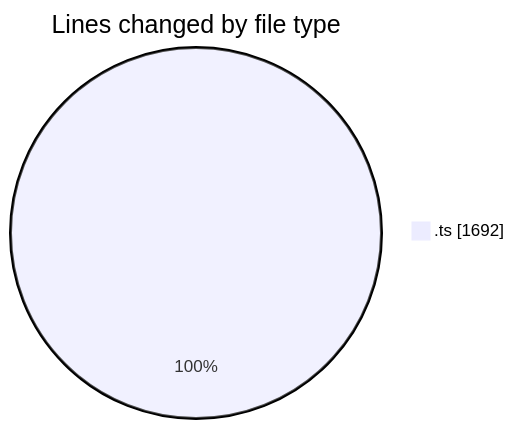
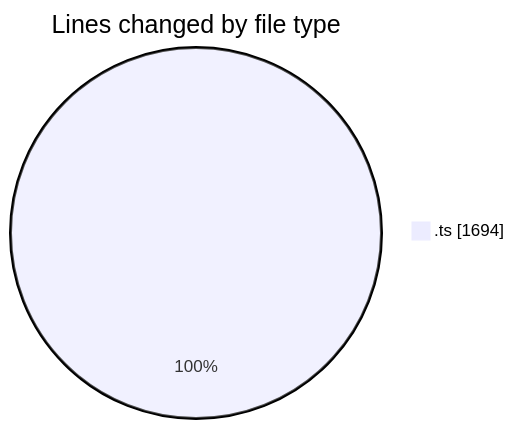
The first of 2 diagrams in 2025-06-26/cda/README.md (momahboobian/code-tracking), drawn with Mermaid before and after one commit. The commit also changed other lines of this file and 1 other file, not shown here.

````diff
--- a/2025-06-26/cda/README.md
+++ b/2025-06-26/cda/README.md
@@ -22,5 +22,5 @@
 ```mermaid
 pie showData
 title Lines changed by file type
-".ts" : 1692
+".ts" : 1694
 ```
````
